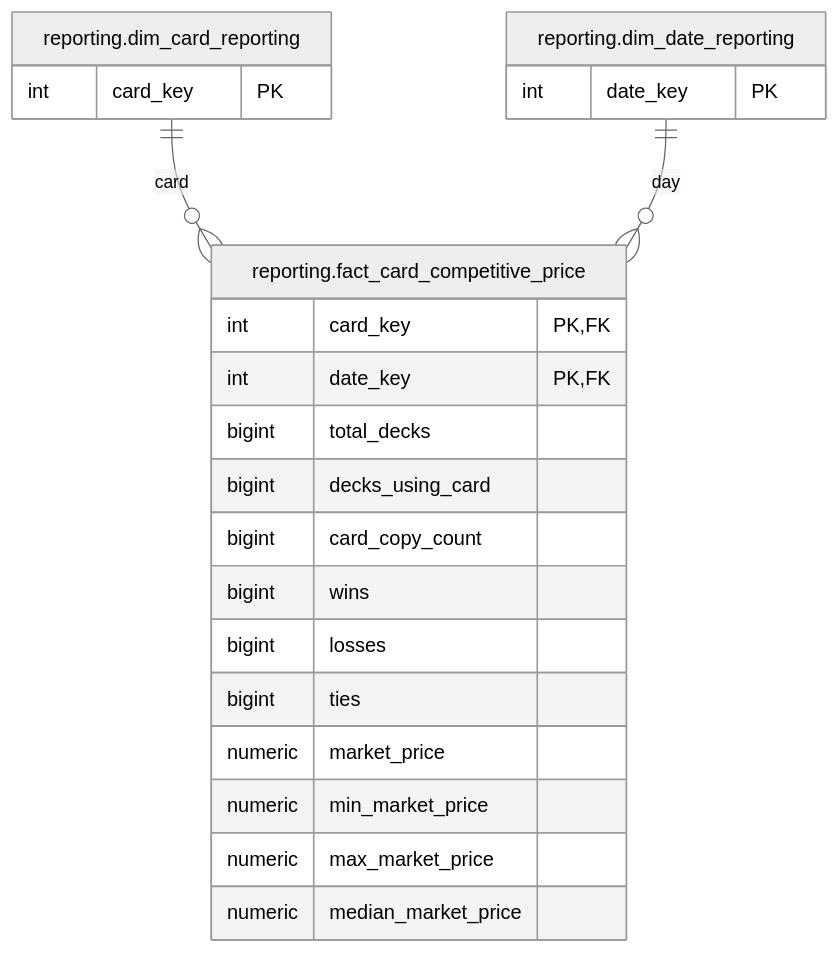
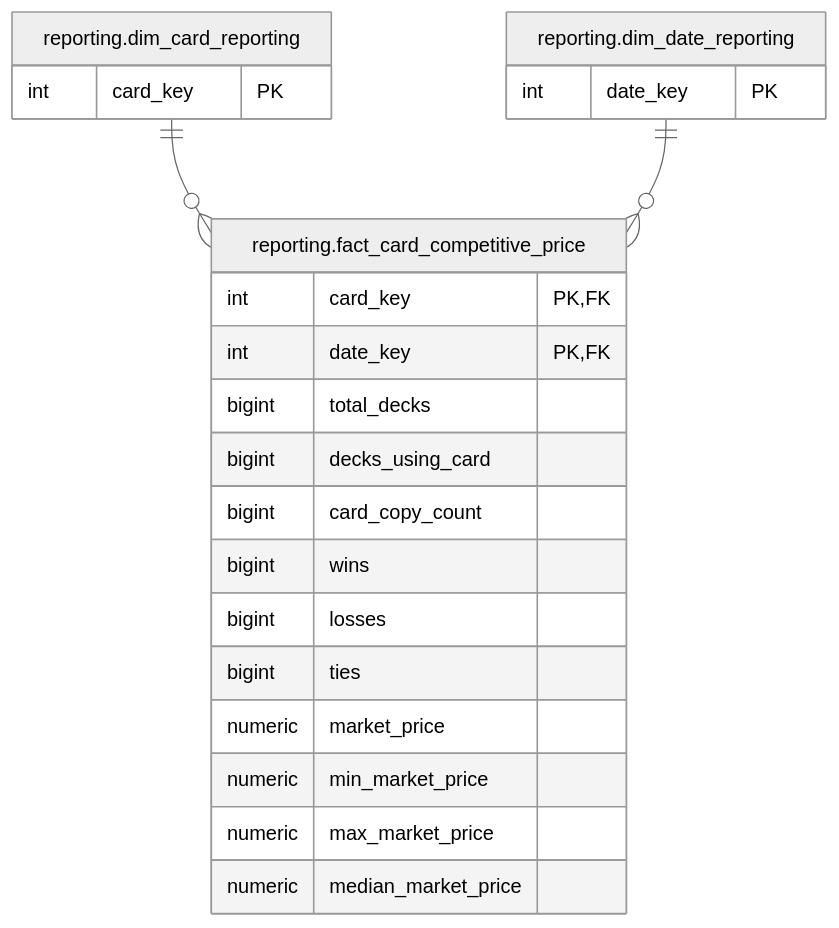
Before and after one commit to Jessyyyca/DVS: the sixth of 9 diagrams in Reporting-Layer.md, drawn with Mermaid (neutral theme). The commit also changed other lines of this file, not shown here.

Commit message:
chore: cleaned useless mermaid comments

````diff
--- a/Reporting-Layer.md
+++ b/Reporting-Layer.md
@@ -160,26 +160,26 @@
 ```mermaid
 erDiagram
     reporting.dim_card_reporting {
         int card_key PK
     }
     reporting.dim_date_reporting {
         int date_key PK
     }
     reporting.fact_card_competitive_price {
         int card_key PK,FK
         int date_key PK,FK
         bigint total_decks
         bigint decks_using_card
         bigint card_copy_count
         bigint wins
         bigint losses
         bigint ties
         numeric market_price
         numeric min_market_price
         numeric max_market_price
         numeric median_market_price
     }
 
-    reporting.dim_card_reporting ||--o{ reporting.fact_card_competitive_price : card
-    reporting.dim_date_reporting ||--o{ reporting.fact_card_competitive_price : day
+    reporting.dim_card_reporting ||--o{ reporting.fact_card_competitive_price : ""
+    reporting.dim_date_reporting ||--o{ reporting.fact_card_competitive_price : ""
 ```
````
